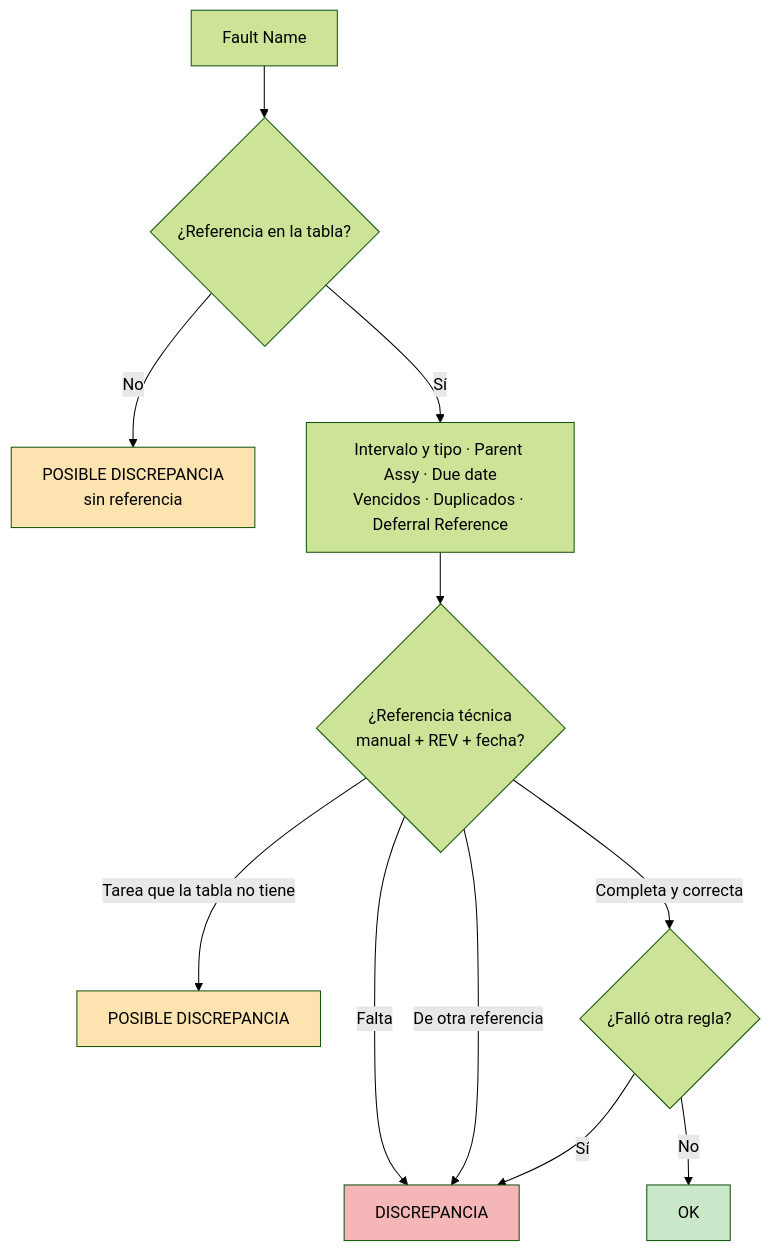
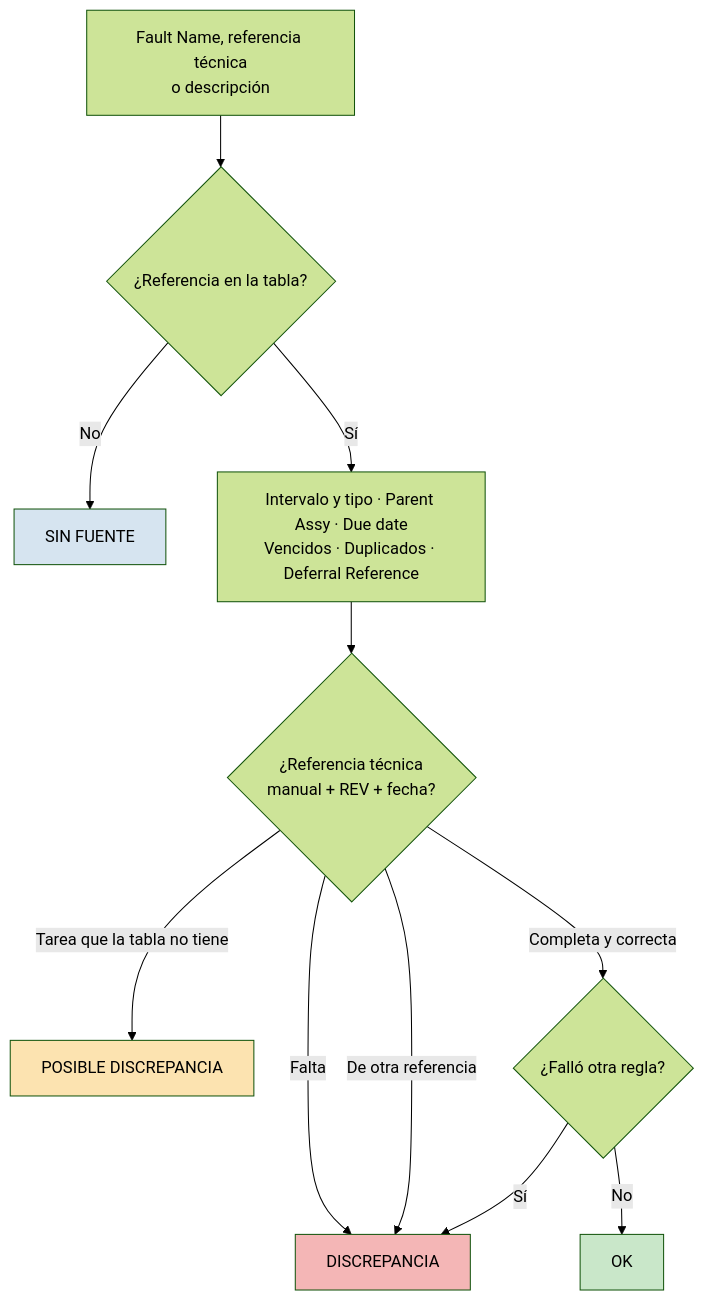
One commit to lviloriabas/dips changed the fifth of 8 diagrams in docs/proceso.md. Above: the diagram before and after it, drawn with Mermaid (forest theme). The commit also changed other lines of this file and 21 other files, not shown here.

````diff
--- a/docs/proceso.md
+++ b/docs/proceso.md
@@ -84,17 +84,17 @@
 ```mermaid
 flowchart TD
-    N[Fault Name] --> REF{¿Referencia en la tabla?}
-    REF -- No --> PD1[POSIBLE DISCREPANCIA<br/>sin referencia]
+    N[Fault Name, referencia técnica<br/>o descripción] --> REF{¿Referencia en la tabla?}
+    REF -- No --> PD1[SIN FUENTE]
     REF -- Sí --> V[Intervalo y tipo · Parent Assy · Due date<br/>Vencidos · Duplicados · Deferral Reference]
     V --> RT{¿Referencia técnica<br/>manual + REV + fecha?}
     RT -- Falta --> D1[DISCREPANCIA]
     RT -- De otra referencia --> D1
     RT -- Tarea que la tabla no tiene --> PD2[POSIBLE DISCREPANCIA]
     RT -- Completa y correcta --> F{¿Falló otra regla?}
     F -- Sí --> D1
     F -- No --> OK[OK]
     style D1 fill:#F4B6B6,color:#000
-    style PD1 fill:#FCE3B0,color:#000
+    style PD1 fill:#D6E4F0,color:#000
     style PD2 fill:#FCE3B0,color:#000
     style OK fill:#C9E7C9,color:#000
 ```
````
